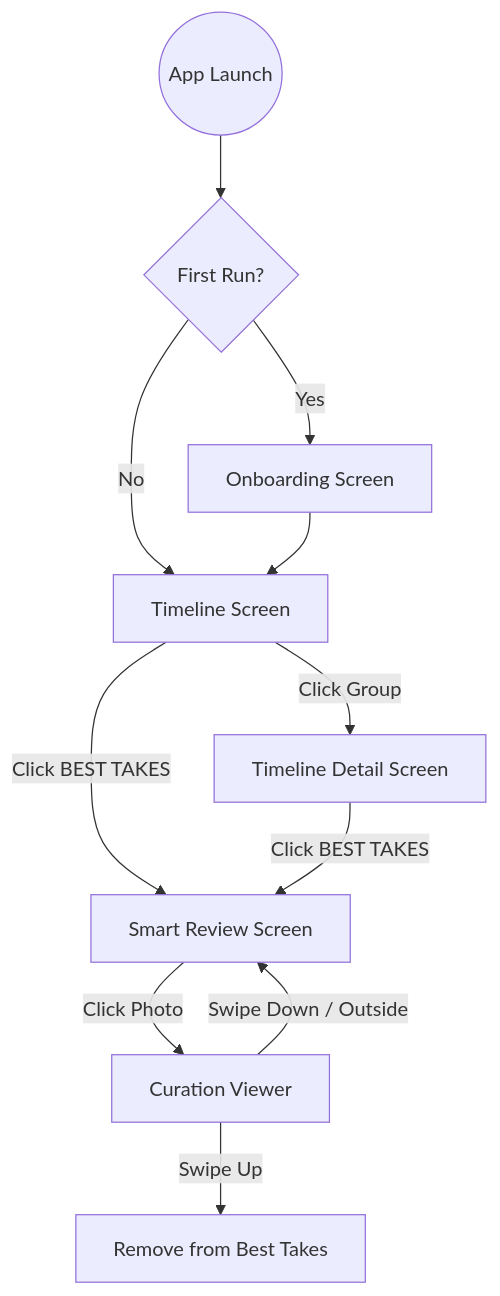
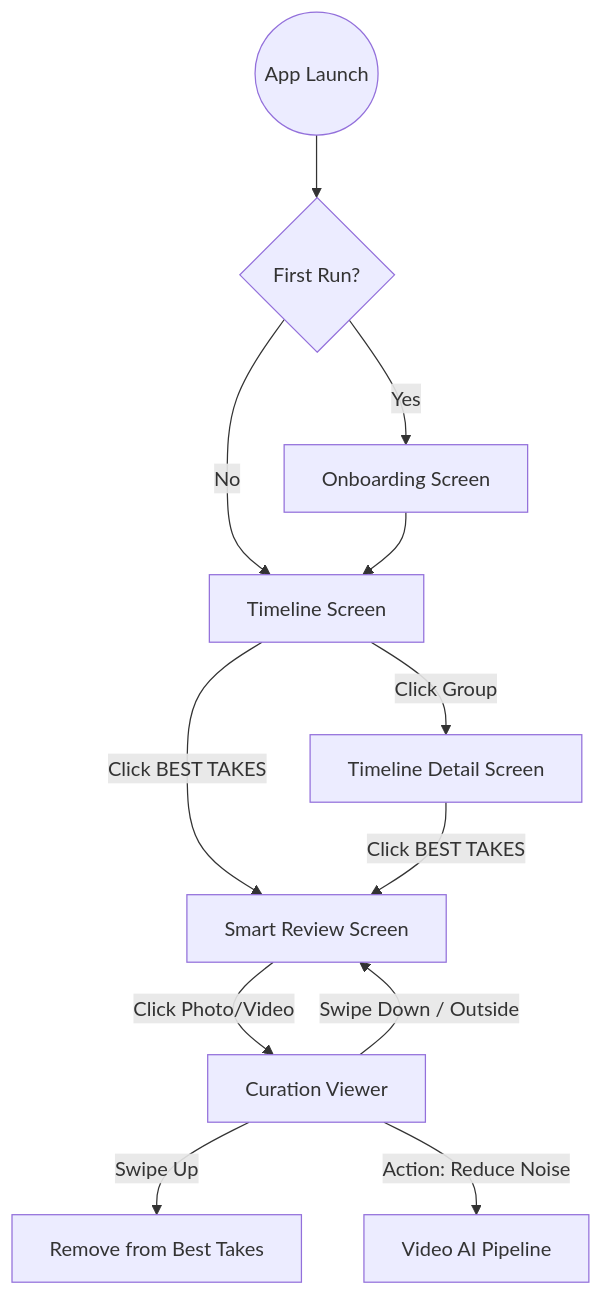
Before and after one commit to shusinghal/android: the diagram in PROJECT_REFERENCE.md, drawn with Mermaid. The commit also changed other lines of this file and 806 other files, not shown here.

````diff
--- a/PROJECT_REFERENCE.md
+++ b/PROJECT_REFERENCE.md
@@ -23,15 +31,16 @@
 ```mermaid
 graph TD
     Start((App Launch)) --> Onboarding{First Run?}
     Onboarding -- "Yes" --> Welcome[Onboarding Screen]
     Onboarding -- "No" --> Timeline[Timeline Screen]
     Welcome --> Timeline
     
     Timeline -- "Click Group" --> Detail[Timeline Detail Screen]
     Timeline -- "Click BEST TAKES" --> SmartReview[Smart Review Screen]
     Detail -- "Click BEST TAKES" --> SmartReview
     
-    SmartReview -- "Click Photo" --> ReviewViewer[Curation Viewer]
+    SmartReview -- "Click Photo/Video" --> ReviewViewer[Curation Viewer]
     ReviewViewer -- "Swipe Up" --> Remove[Remove from Best Takes]
+    ReviewViewer -- "Action: Reduce Noise" --> AIProcess[Video AI Pipeline]
     ReviewViewer -- "Swipe Down / Outside" --> SmartReview
 ```
````
